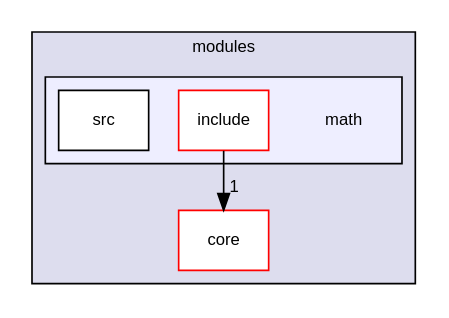
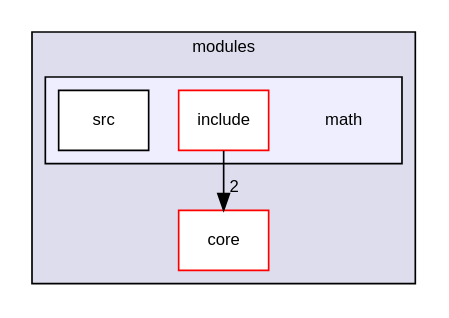
Before and after one commit to YuruTu/NANA: the diagram in docs/dir_b4523354886b5a0c83c88c960c3f222a_dep.dot, drawn with Graphviz. The commit also changed 194 other files, not shown here.

```diff
--- a/docs/dir_b4523354886b5a0c83c88c960c3f222a_dep.dot
+++ b/docs/dir_b4523354886b5a0c83c88c960c3f222a_dep.dot
@@ -1,16 +1,16 @@
 digraph "NANA/modules/math" {
   compound=true
   node [ fontsize="10", fontname="Helvetica"];
   edge [ labelfontsize="10", labelfontname="Helvetica"];
   subgraph clusterdir_6b55659ead8ae8e939b199224b5f3833 {
     graph [ bgcolor="#ddddee", pencolor="black", label="modules" fontname="Helvetica", fontsize="10", URL="dir_6b55659ead8ae8e939b199224b5f3833.html"]
   dir_c3e203e05606b384f5fc9d03652c3ac7 [shape=box label="core" fillcolor="white" style="filled" color="red" URL="dir_c3e203e05606b384f5fc9d03652c3ac7.html"];
   subgraph clusterdir_b4523354886b5a0c83c88c960c3f222a {
     graph [ bgcolor="#eeeeff", pencolor="black", label="" URL="dir_b4523354886b5a0c83c88c960c3f222a.html"];
     dir_b4523354886b5a0c83c88c960c3f222a [shape=plaintext label="math"];
   dir_ae521b40900f65e001f9918ef6cf05b7 [shape=box label="include" fillcolor="white" style="filled" color="red" URL="dir_ae521b40900f65e001f9918ef6cf05b7.html"];
   dir_771f7333db182dca04d4a001ffeb2ac4 [shape=box label="src" fillcolor="white" style="filled" URL="dir_771f7333db182dca04d4a001ffeb2ac4.html"];
   }
   }
-  dir_ae521b40900f65e001f9918ef6cf05b7->dir_c3e203e05606b384f5fc9d03652c3ac7 [headlabel="1", labeldistance=1.5 headhref="dir_000014_000006.html"];
+  dir_ae521b40900f65e001f9918ef6cf05b7->dir_c3e203e05606b384f5fc9d03652c3ac7 [headlabel="2", labeldistance=1.5 headhref="dir_000014_000006.html"];
 }
```
